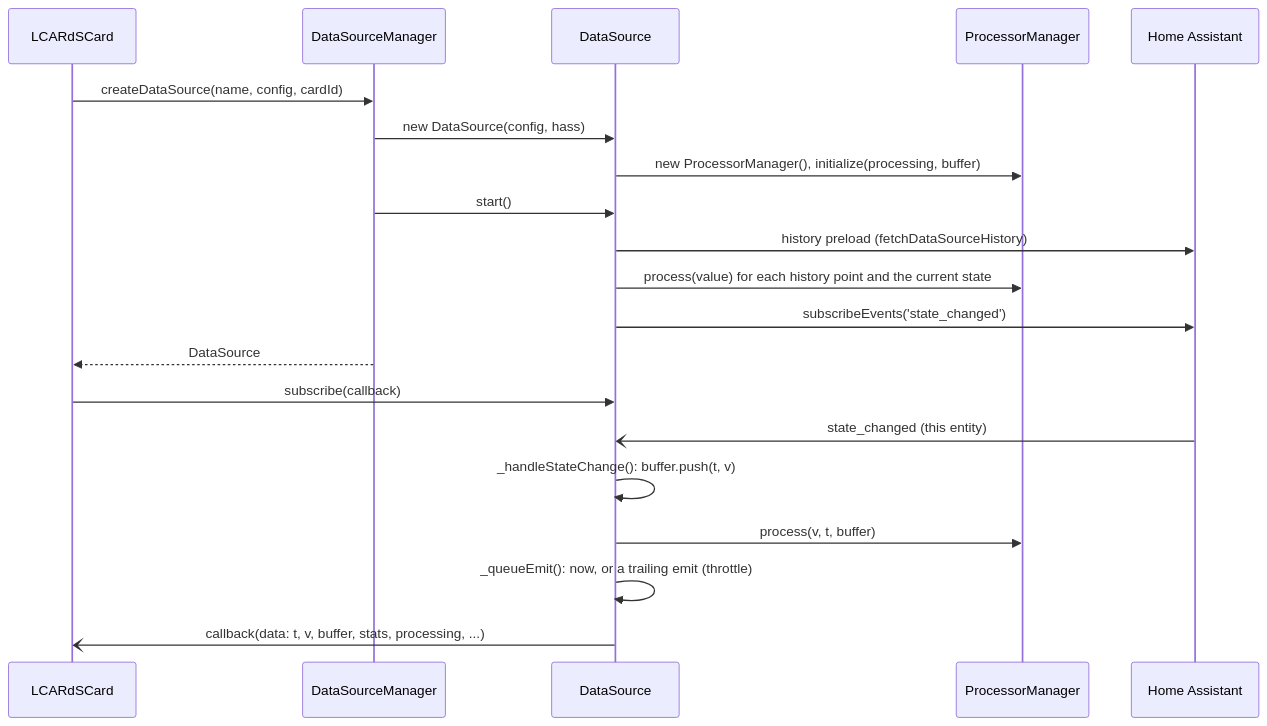
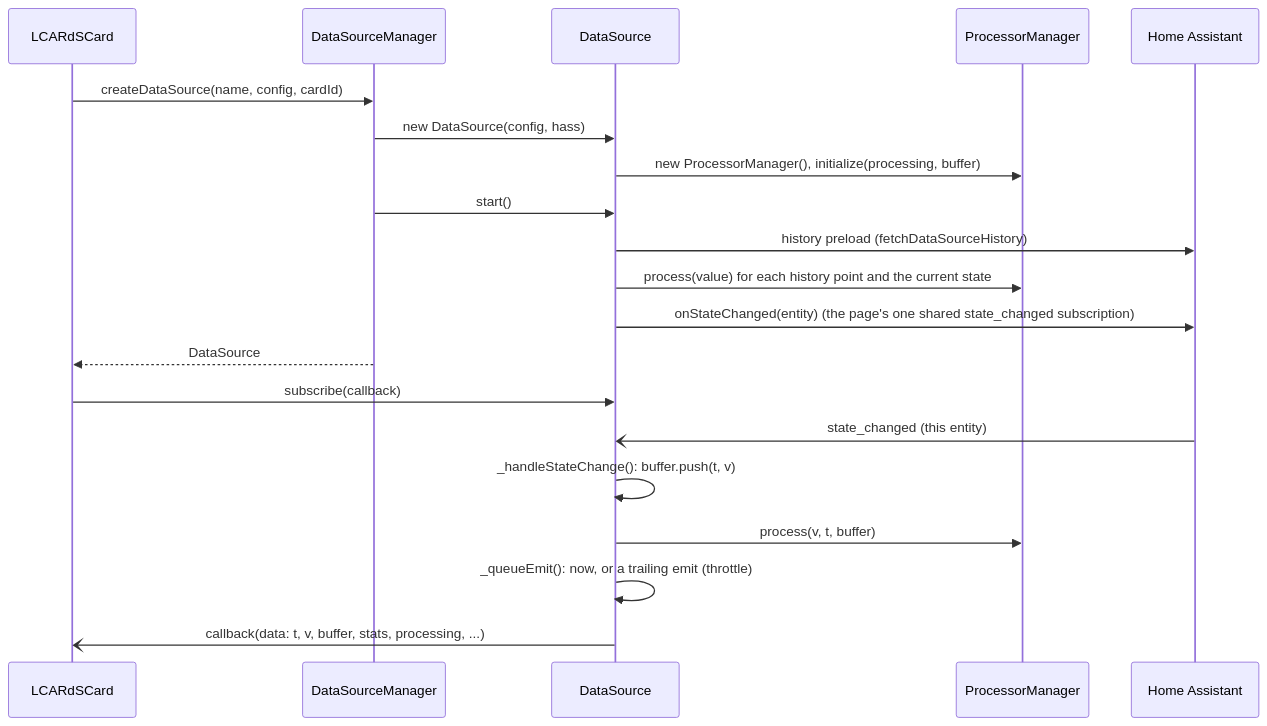
The diagram in doc/architecture/subsystems/datasource-system.md (snootched/lcards), drawn with Mermaid before and after one commit. The commit also changed other lines of this file and 9 other files, not shown here.

First line of the commit message:
fix(core): one page-wide state_changed subscription for helpers, data sources and rules (#408)

````diff
--- a/doc/architecture/subsystems/datasource-system.md
+++ b/doc/architecture/subsystems/datasource-system.md
@@ -59,23 +59,23 @@
 ```mermaid
 sequenceDiagram
     participant Card as LCARdSCard
     participant DSM as DataSourceManager
     participant DS as DataSource
     participant PM as ProcessorManager
     participant HA as Home Assistant
 
     Card->>DSM: createDataSource(name, config, cardId)
     DSM->>DS: new DataSource(config, hass)
     DS->>PM: new ProcessorManager(), initialize(processing, buffer)
     DSM->>DS: start()
     DS->>HA: history preload (fetchDataSourceHistory)
     DS->>PM: process(value) for each history point and the current state
-    DS->>HA: subscribeEvents('state_changed')
+    DS->>HA: onStateChanged(entity) (the page's one shared state_changed subscription)
     DSM-->>Card: DataSource
     Card->>DS: subscribe(callback)
     HA-)DS: state_changed (this entity)
     DS->>DS: _handleStateChange(): buffer.push(t, v)
     DS->>PM: process(v, t, buffer)
     DS->>DS: _queueEmit(): now, or a trailing emit (throttle)
     DS-)Card: callback(data: t, v, buffer, stats, processing, ...)
 ```
````
